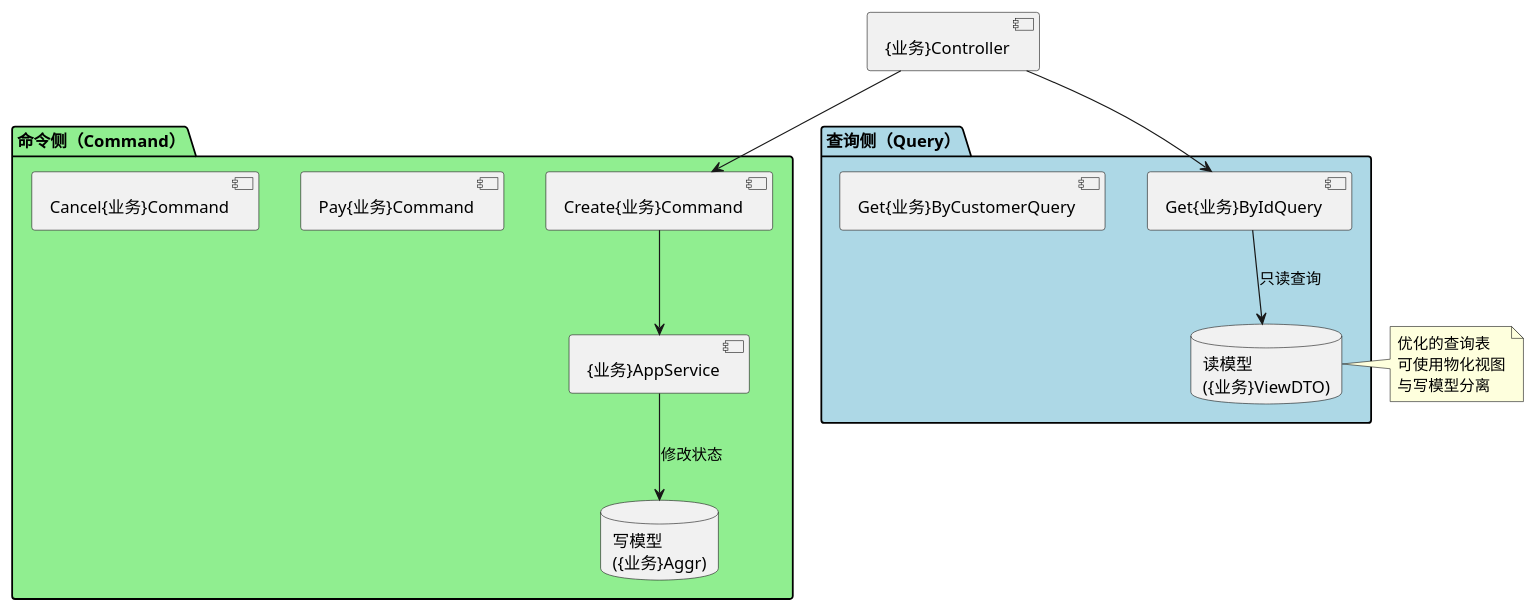
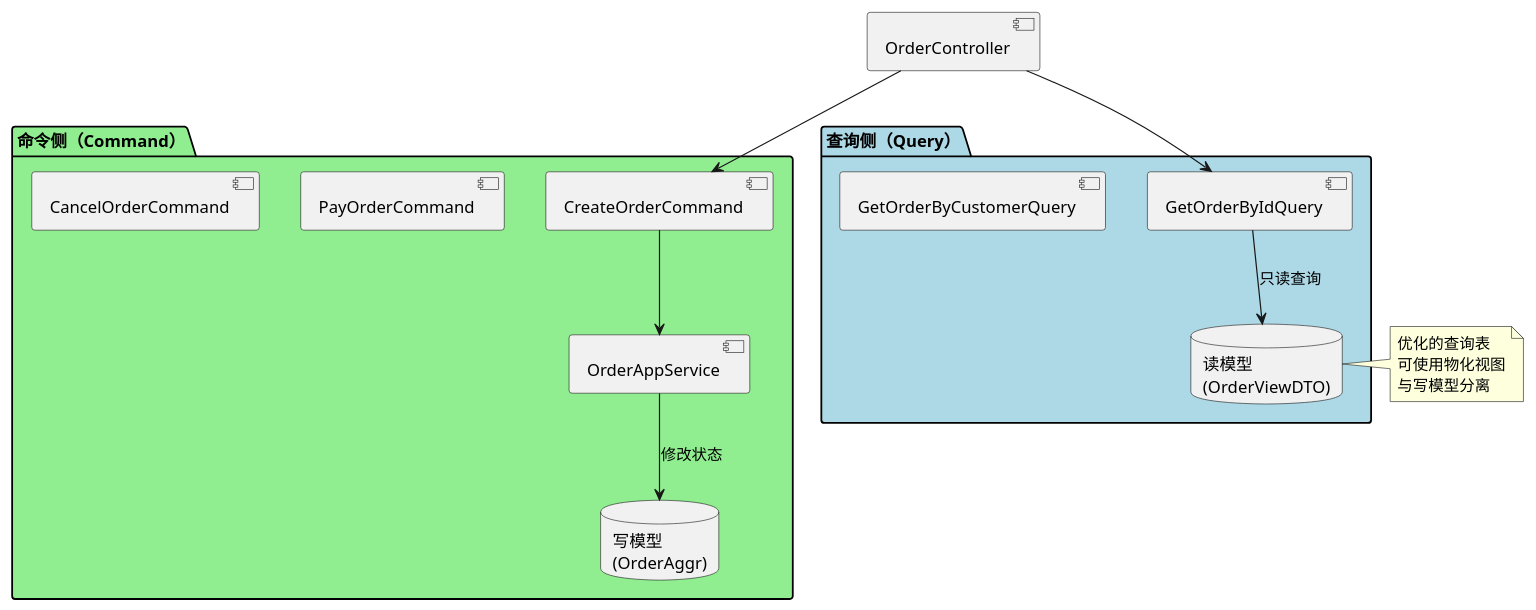
Before and after one commit to LeoNardo-LB/web-quick-start-domain: the eighth of 14 diagrams in README.md, drawn with PlantUML. The commit also changed other lines of this file and 13 other files, not shown here.

````diff
--- a/README.md
+++ b/README.md
@@ -1402,32 +1367,32 @@
 ```plantuml
 @startuml CQRS架构
 package "命令侧（Command）" #LightGreen {
-  [Create{业务}Command]
-  [Pay{业务}Command]
-  [Cancel{业务}Command]
-  [{业务}AppService]
-  database "写模型\n({业务}Aggr)"
+  [CreateOrderCommand]
+  [PayOrderCommand]
+  [CancelOrderCommand]
+  [OrderAppService]
+  database "写模型\n(OrderAggr)"
 }
 
 package "查询侧（Query）" #LightBlue {
-  [Get{业务}ByIdQuery]
-  [Get{业务}ByCustomerQuery]
-  database "读模型\n({业务}ViewDTO)"
+  [GetOrderByIdQuery]
+  [GetOrderByCustomerQuery]
+  database "读模型\n(OrderViewDTO)"
 }
 
-[{业务}Controller] --> [Create{业务}Command]
-[{业务}Controller] --> [Get{业务}ByIdQuery]
+[OrderController] --> [CreateOrderCommand]
+[OrderController] --> [GetOrderByIdQuery]
 
-[Create{业务}Command] --> [{业务}AppService]
-[{业务}AppService] --> "写模型\n({业务}Aggr)" : 修改状态
+[CreateOrderCommand] --> [OrderAppService]
+[OrderAppService] --> "写模型\n(OrderAggr)" : 修改状态
 
-[Get{业务}ByIdQuery] --> "读模型\n({业务}ViewDTO)" : 只读查询
+[GetOrderByIdQuery] --> "读模型\n(OrderViewDTO)" : 只读查询
 
-note right of "读模型\n({业务}ViewDTO)"
+note right of "读模型\n(OrderViewDTO)"
   优化的查询表
   可使用物化视图
   与写模型分离
 end note
 
 @enduml
 ```
````
